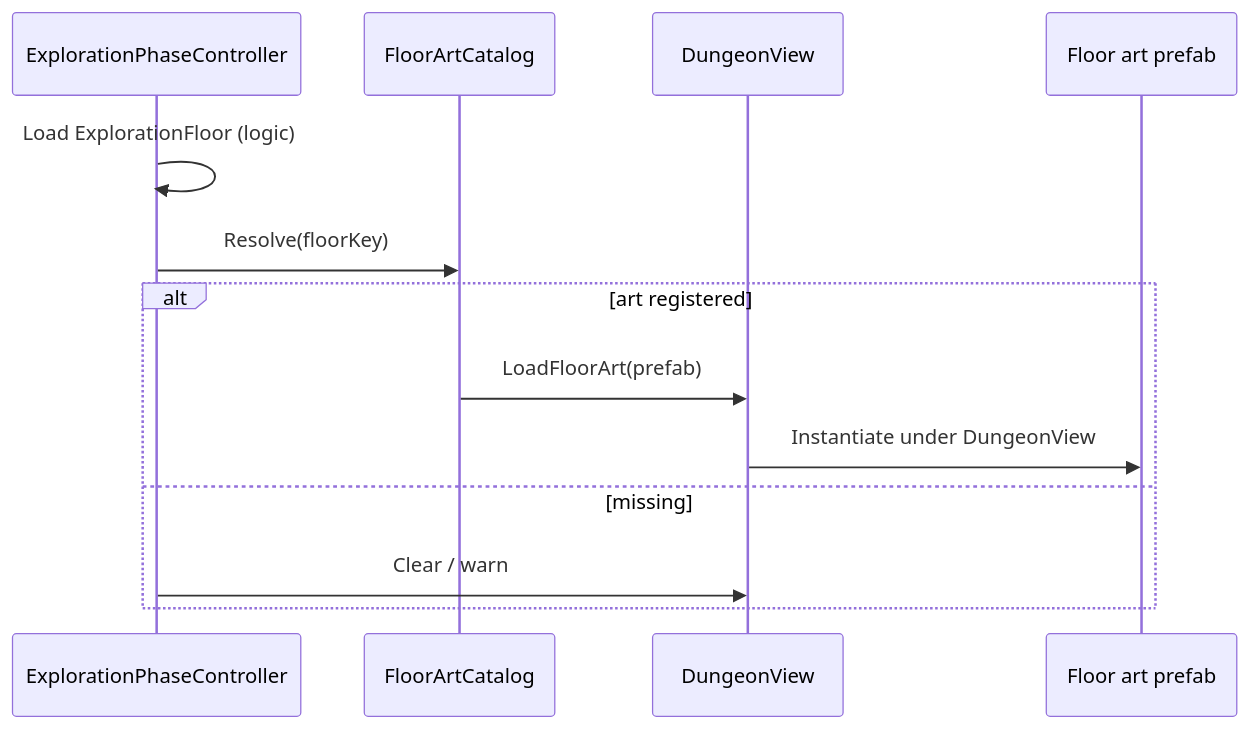
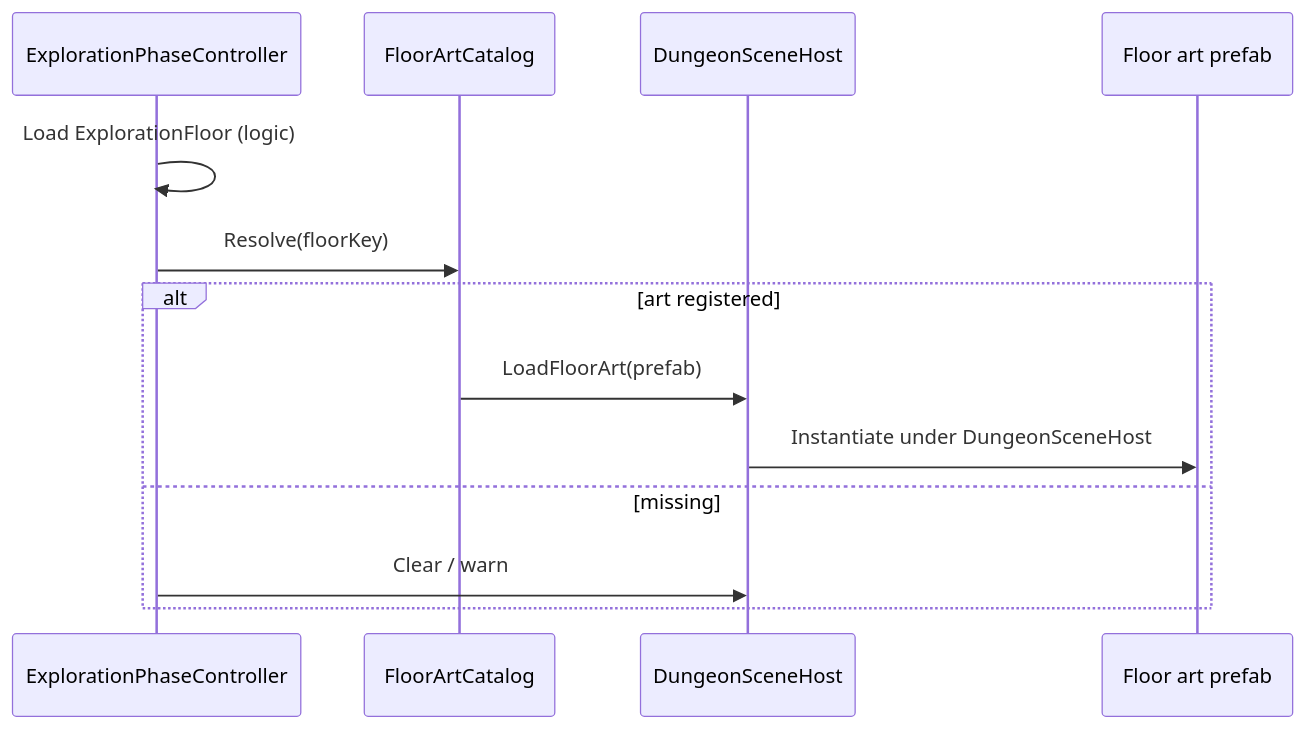
The diagram in docs/02-systems/floor-art-fpv.md (miramocha/griddungeon-design-docs), drawn with Mermaid before and after one commit. The commit also changed other lines of this file and 15 other files, not shown here.

First line of the commit message:
Document RailMenuFocus and DungeonSceneHost (#413).

````diff
--- a/docs/02-systems/floor-art-fpv.md
+++ b/docs/02-systems/floor-art-fpv.md
@@ -180,16 +180,16 @@
 ```mermaid
 sequenceDiagram
     participant EPC as ExplorationPhaseController
     participant Cat as FloorArtCatalog
-    participant DV as DungeonView
+    participant DV as DungeonSceneHost
     participant Prefab as Floor art prefab
 
     EPC->>EPC: Load ExplorationFloor (logic)
     EPC->>Cat: Resolve(floorKey)
     alt art registered
         Cat->>DV: LoadFloorArt(prefab)
-        DV->>Prefab: Instantiate under DungeonView
+        DV->>Prefab: Instantiate under DungeonSceneHost
     else missing
         EPC->>DV: Clear / warn
     end
 ```
````
